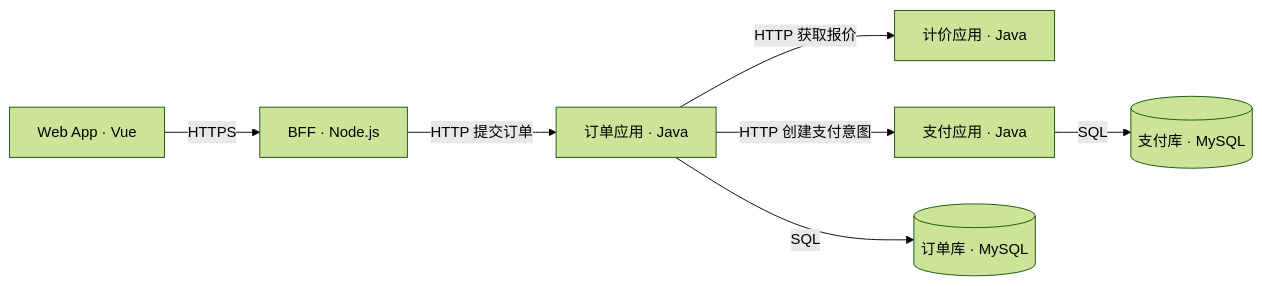
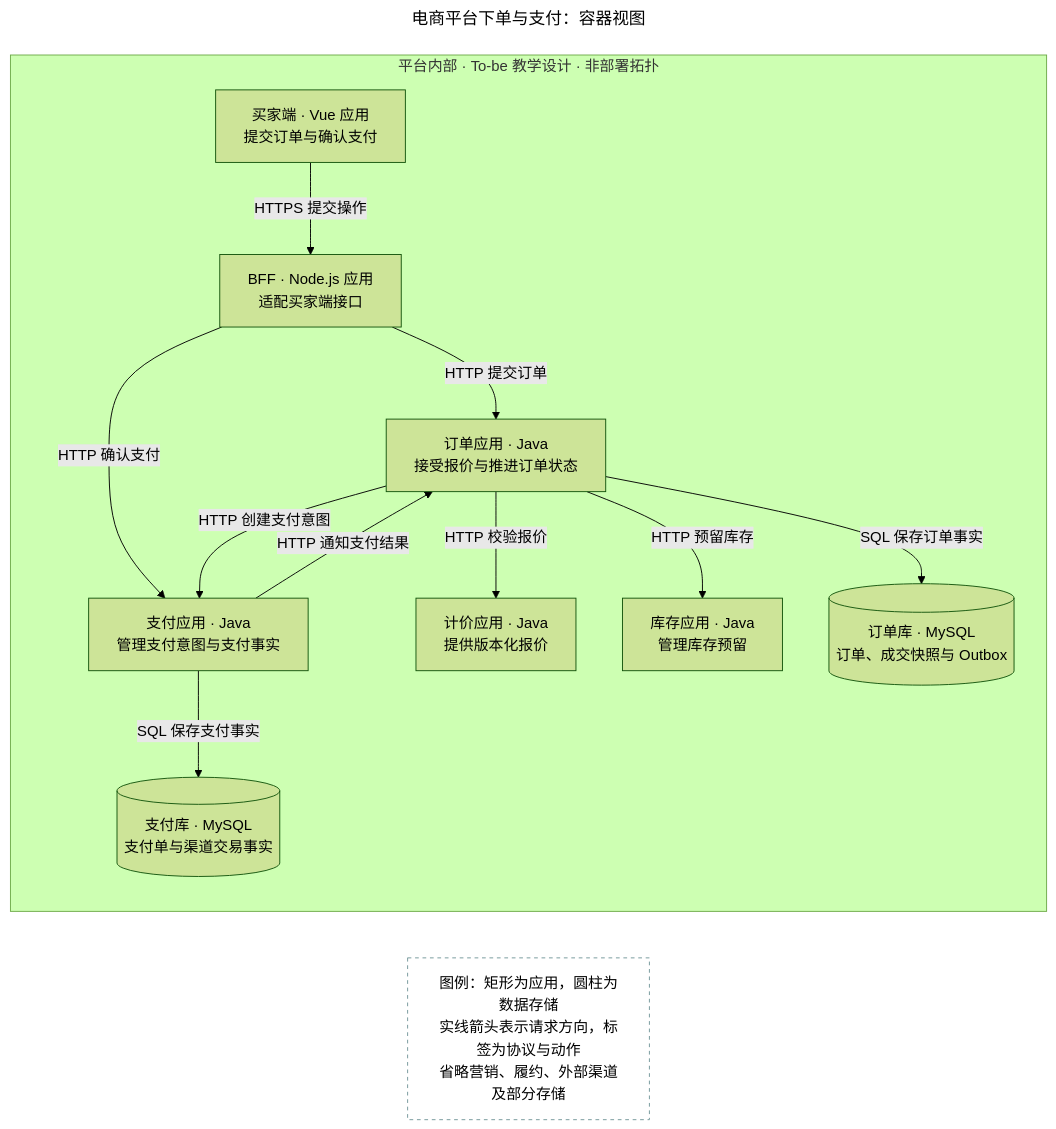
One commit to wxquare/wxquare.github.io changed the diagram in source/diagrams/07-engineering-diagrams-ai-workflow/07-container.mmd. Above: the diagram before and after it, drawn with Mermaid (forest theme). The commit also changed 12 other files, not shown here.

Commit message:
docs: refine engineering diagrams article

```diff
--- a/source/diagrams/07-engineering-diagrams-ai-workflow/07-container.mmd
+++ b/source/diagrams/07-engineering-diagrams-ai-workflow/07-container.mmd
@@ -1,14 +1,29 @@
-flowchart LR
-  Web["Web App · Vue"]
-  Api["BFF · Node.js"]
-  Order["订单应用 · Java"]
-  Pricing["计价应用 · Java"]
-  Pay["支付应用 · Java"]
-  ODB[("订单库 · MySQL")]
-  PDB[("支付库 · MySQL")]
-  Web -->|HTTPS| Api
-  Api -->|HTTP 提交订单| Order
-  Order -->|HTTP 获取报价| Pricing
-  Order -->|HTTP 创建支付意图| Pay
-  Order -->|SQL| ODB
-  Pay -->|SQL| PDB
+---
+title: 电商平台下单与支付：容器视图
+---
+flowchart TB
+  accTitle: 电商平台下单与支付容器视图
+  accDescr: 教学目标设计，展示应用职责、存储所有权和通信。省略营销、履约与外部支付渠道细节，不表达部署副本。
+  subgraph Scope["平台内部 · To-be 教学设计 · 非部署拓扑"]
+    direction TB
+    Web["买家端 · Vue 应用<br/>提交订单与确认支付"]
+    Api["BFF · Node.js 应用<br/>适配买家端接口"]
+    Order["订单应用 · Java<br/>接受报价与推进订单状态"]
+    Pricing["计价应用 · Java<br/>提供版本化报价"]
+    Inventory["库存应用 · Java<br/>管理库存预留"]
+    Pay["支付应用 · Java<br/>管理支付意图与支付事实"]
+    ODB[("订单库 · MySQL<br/>订单、成交快照与 Outbox")]
+    PDB[("支付库 · MySQL<br/>支付单与渠道交易事实")]
+    Web -->|HTTPS 提交操作| Api
+    Api -->|HTTP 提交订单| Order
+    Api -->|HTTP 确认支付| Pay
+    Order -->|HTTP 校验报价| Pricing
+    Order -->|HTTP 预留库存| Inventory
+    Order -->|HTTP 创建支付意图| Pay
+    Pay -->|HTTP 通知支付结果| Order
+    Order -->|SQL 保存订单事实| ODB
+    Pay -->|SQL 保存支付事实| PDB
+  end
+  Legend["图例：矩形为应用，圆柱为数据存储<br/>实线箭头表示请求方向，标签为协议与动作<br/>省略营销、履约、外部渠道及部分存储"]
+  Scope ~~~ Legend
+  style Legend fill:#ffffff,stroke:#739699,stroke-dasharray:4 4
```
